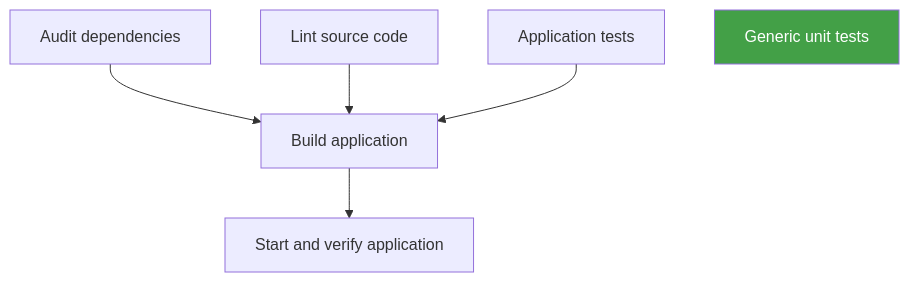
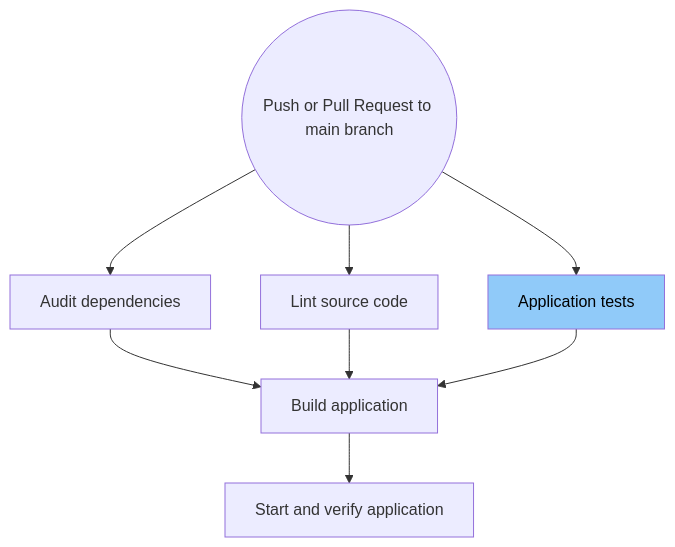
Before and after one commit to Scorpieau/javascript-spa-simple: the first of 2 diagrams in README.md, drawn with Mermaid. The commit also changed other lines of this file, not shown here.

````diff
--- a/README.md
+++ b/README.md
@@ -67,9 +68,12 @@
 ```mermaid
 graph TD
+    T((Push or Pull Request to main branch))
+    T --> A[Audit dependencies]
+    T --> B[Lint source code]
+    T --> C[Application tests]
     A[Audit dependencies] --> E[Build application]
     B[Lint source code] --> E
     C[Application tests] --> E
     E --> F[Start and verify application]
-    D[Generic unit tests]
-    style D fill:#43a047,color:#fff
+    style C fill:#90caf9,color:#000
 ```
````
